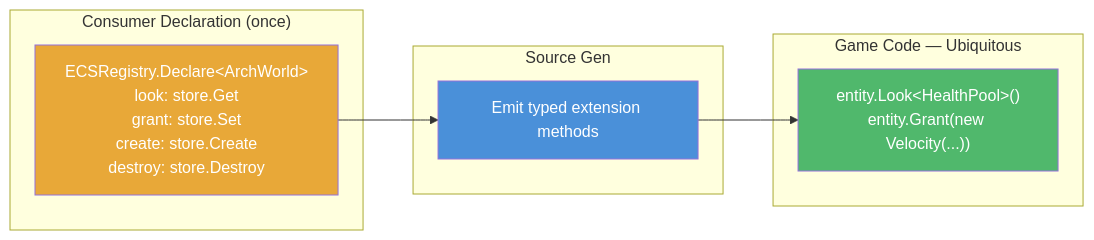
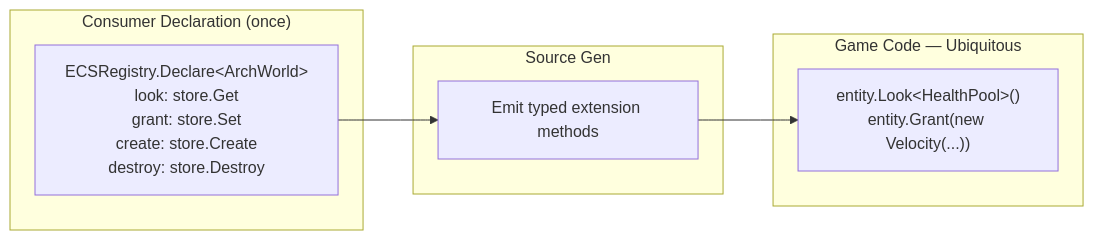
One commit to fm39hz/fm39hz-blogs changed the tenth of 21 diagrams in src/content/articles/another-way-to-engineer-a-game.md. Above: the diagram before and after it, drawn with Mermaid. The commit also changed other lines of this file, not shown here.

````diff
--- a/src/content/articles/another-way-to-engineer-a-game.md
+++ b/src/content/articles/another-way-to-engineer-a-game.md
@@ -420,20 +392,16 @@
 ```mermaid
 flowchart LR
     subgraph Declaration["Consumer Declaration (once)"]
         D["ECSRegistry.Declare&lt;ArchWorld&gt;<br/>look: store.Get<br/>grant: store.Set<br/>create: store.Create<br/>destroy: store.Destroy"]
     end
 
     subgraph SourceGen["Source Gen"]
         SG["Emit typed extension methods"]
     end
 
     subgraph GameCode["Game Code — Ubiquitous"]
         GC["entity.Look&lt;HealthPool&gt;()<br/>entity.Grant(new Velocity(...))"]
     end
 
     D --> SG --> GC
-
-    style D fill:#e8a838,color:#fff
-    style SG fill:#4a90d9,color:#fff
-    style GC fill:#50b86c,color:#fff
 ```
````
